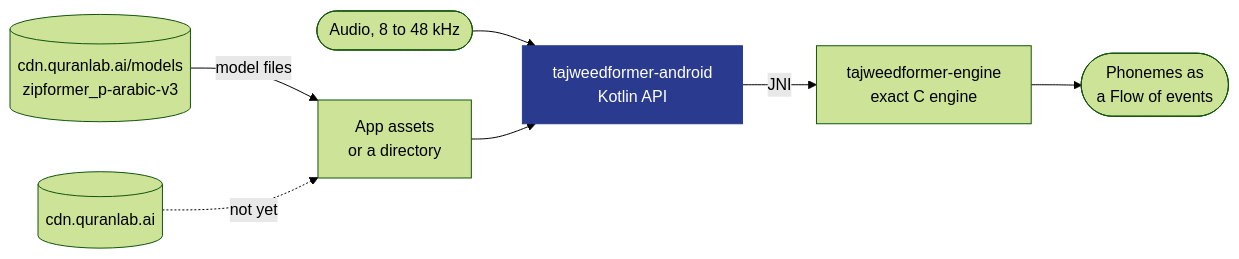
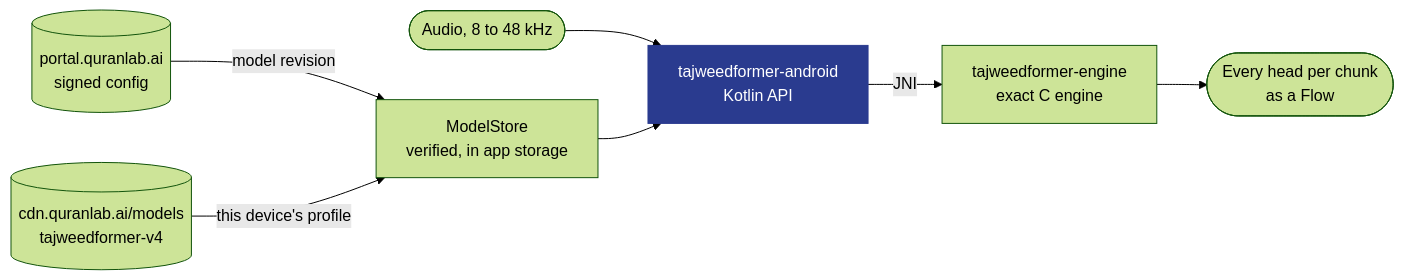
Before and after one commit to Quran-Lab/tajweedformer-android: the diagram in AGENTS.md, drawn with Mermaid (forest theme). The commit also changed other lines of this file and 7 other files, not shown here.

````diff
--- a/AGENTS.md
+++ b/AGENTS.md
@@ -163,11 +228,11 @@
 ```mermaid
 flowchart LR
-  hf[("cdn.quranlab.ai/models<br/>zipformer_p-arabic-v3")] -- model files --> assets["App assets<br/>or a directory"]
-  cdn[("cdn.quranlab.ai")] -. not yet .-> assets
+  portal[("portal.quranlab.ai<br/>signed config")] -- model revision --> store["ModelStore<br/>verified, in app storage"]
+  cdn[("cdn.quranlab.ai/models<br/>tajweedformer-v4")] -- this device's profile --> store
   mic(["Audio, 8 to 48 kHz"]) --> kotlin["tajweedformer-android<br/>Kotlin API"]
-  assets --> kotlin
+  store --> kotlin
   kotlin -- JNI --> engine["tajweedformer-engine<br/>exact C engine"]
-  engine --> out(["Phonemes as<br/>a Flow of events"])
+  engine --> out(["Every head per chunk<br/>as a Flow"])
   classDef here fill:#2a3b8f,stroke:#2a3b8f,color:#ffffff
   class kotlin here
 ```
````
